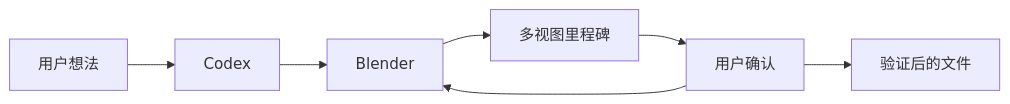
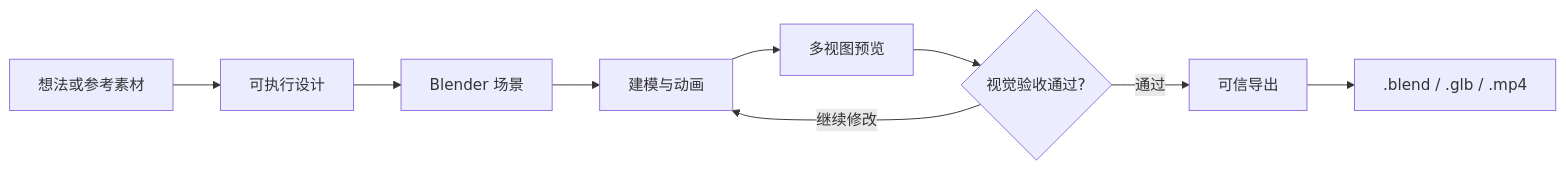
The first of 2 diagrams in README.zh-CN.md (full-aigc-plugins/blender-design-plugin), drawn with Mermaid before and after one commit. The commit also changed other lines of this file and 7 other files, not shown here.

Commit message:
docs: showcase Codex Blender workflow

````diff
--- a/README.zh-CN.md
+++ b/README.zh-CN.md
@@ -14,7 +23,11 @@
 ```mermaid
 flowchart LR
-    Idea[用户想法] --> Codex --> Blender --> Preview[多视图里程碑]
-    Preview --> Review[用户确认]
-    Review --> Blender
-    Review --> Export[验证后的文件]
+    A[想法或参考素材] --> B[可执行设计]
+    B --> C[Blender 场景]
+    C --> D[建模与动画]
+    D --> E[多视图预览]
+    E --> F{视觉验收通过?}
+    F -->|继续修改| D
+    F -->|通过| G[可信导出]
+    G --> H[.blend / .glb / .mp4]
 ```
````
